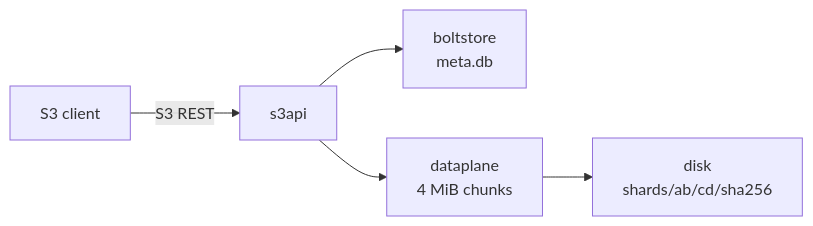
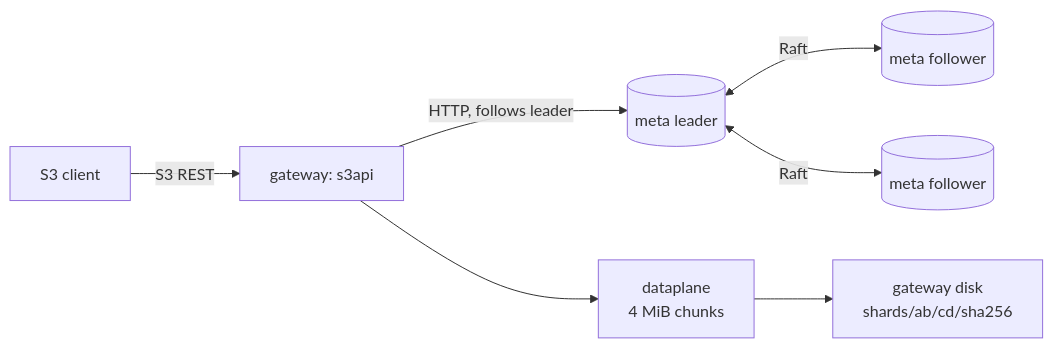
Before and after one commit to Sounabha07/S3-Object-Store: the second of 2 diagrams in README.md, drawn with Mermaid. The commit also changed other lines of this file and 24 other files, not shown here.

````diff
--- a/README.md
+++ b/README.md
@@ -39,7 +39,9 @@
 ```mermaid
 flowchart LR
-    C[S3 client] -->|S3 REST| API[s3api]
-    API --> MD[boltstore<br/>meta.db]
+    C[S3 client] -->|S3 REST| API[gateway: s3api]
+    API -->|HTTP, follows leader| L[(meta leader)]
+    L <-->|Raft| F1[(meta follower)]
+    L <-->|Raft| F2[(meta follower)]
     API --> DP[dataplane<br/>4 MiB chunks]
-    DP --> D[disk<br/>shards/ab/cd/sha256]
+    DP --> D[gateway disk<br/>shards/ab/cd/sha256]
 ```
````
